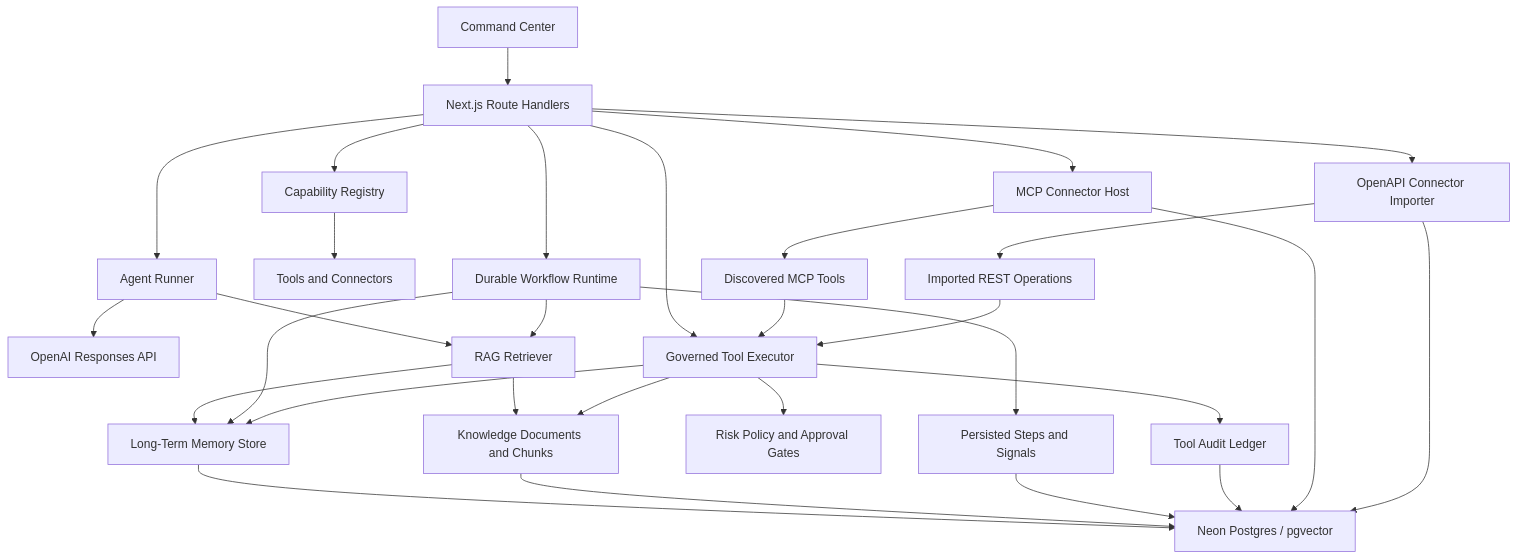
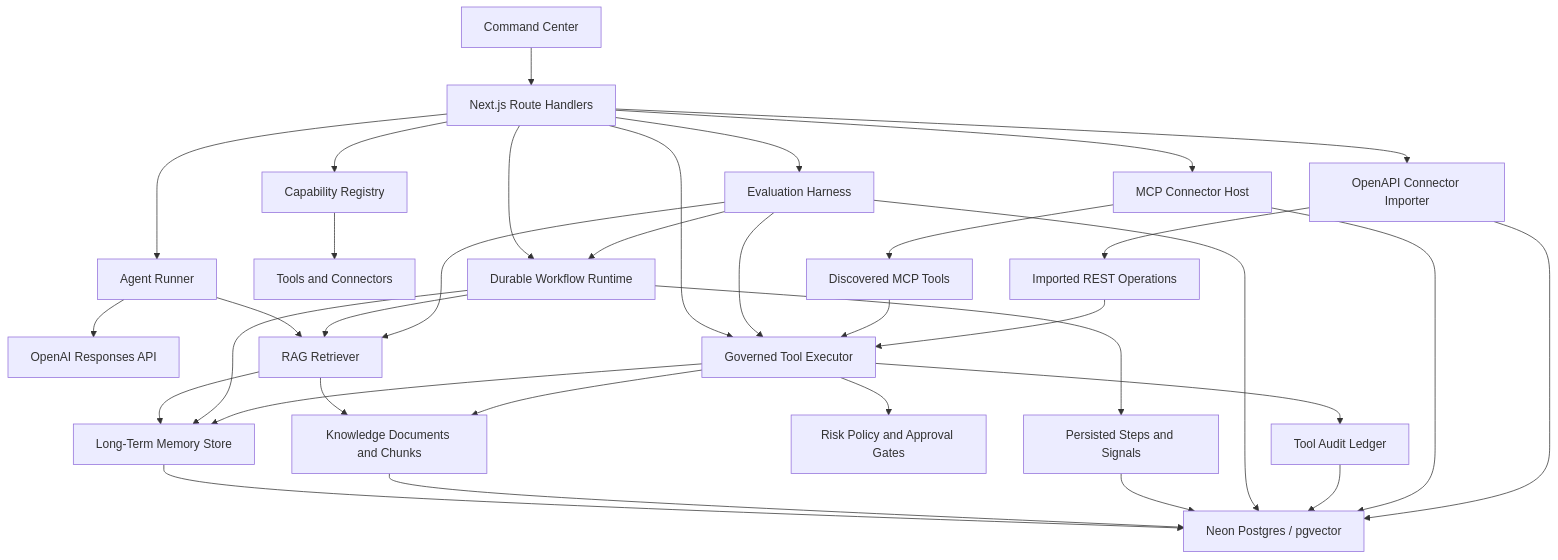
The diagram in docs/IMPLEMENTATION_PLAN.md (benniejoseph/OmniAgentOS), drawn with Mermaid before and after one commit. The commit also changed other lines of this file and 10 other files, not shown here.

Commit message:
Add evaluation harness

````diff
--- a/docs/IMPLEMENTATION_PLAN.md
+++ b/docs/IMPLEMENTATION_PLAN.md
@@ -30,32 +31,37 @@
 ```mermaid
 flowchart TD
   UI["Command Center"] --> API["Next.js Route Handlers"]
   API --> RUNNER["Agent Runner"]
   RUNNER --> OAI["OpenAI Responses API"]
   RUNNER --> RAG["RAG Retriever"]
   RAG --> MEM["Long-Term Memory Store"]
   RAG --> DOCS["Knowledge Documents and Chunks"]
   MEM --> DB["Neon Postgres / pgvector"]
   DOCS --> DB
   API --> REG["Capability Registry"]
   REG --> TOOLS["Tools and Connectors"]
   API --> GOV["Governed Tool Executor"]
   GOV --> POLICY["Risk Policy and Approval Gates"]
   GOV --> AUDIT["Tool Audit Ledger"]
   API --> WF["Durable Workflow Runtime"]
   WF --> WSTEPS["Persisted Steps and Signals"]
   WSTEPS --> DB
   WF --> RAG
   WF --> MEM
+  API --> EVAL["Evaluation Harness"]
+  EVAL --> GOV
+  EVAL --> WF
+  EVAL --> RAG
+  EVAL --> DB
   API --> MCP["MCP Connector Host"]
   MCP --> MTOOLS["Discovered MCP Tools"]
   MTOOLS --> GOV
   API --> OPENAPI["OpenAPI Connector Importer"]
   OPENAPI --> RTOOLS["Imported REST Operations"]
   RTOOLS --> GOV
   GOV --> MEM
   GOV --> DOCS
   AUDIT --> DB
   MCP --> DB
   OPENAPI --> DB
 ```
````
